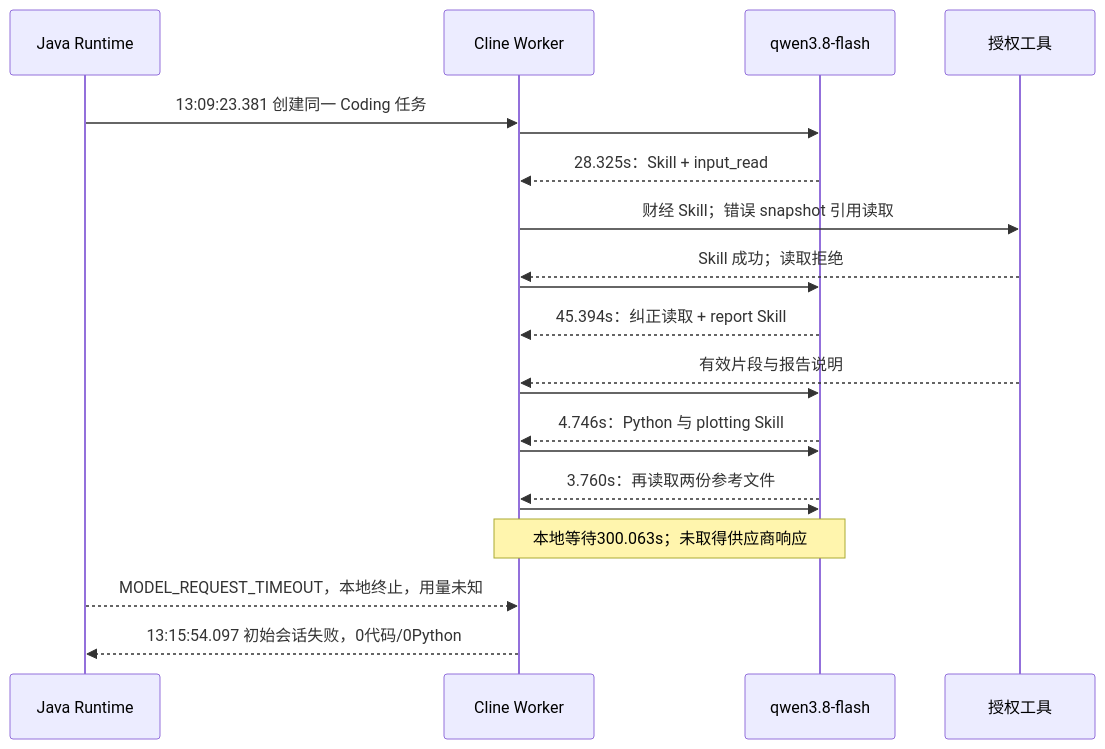
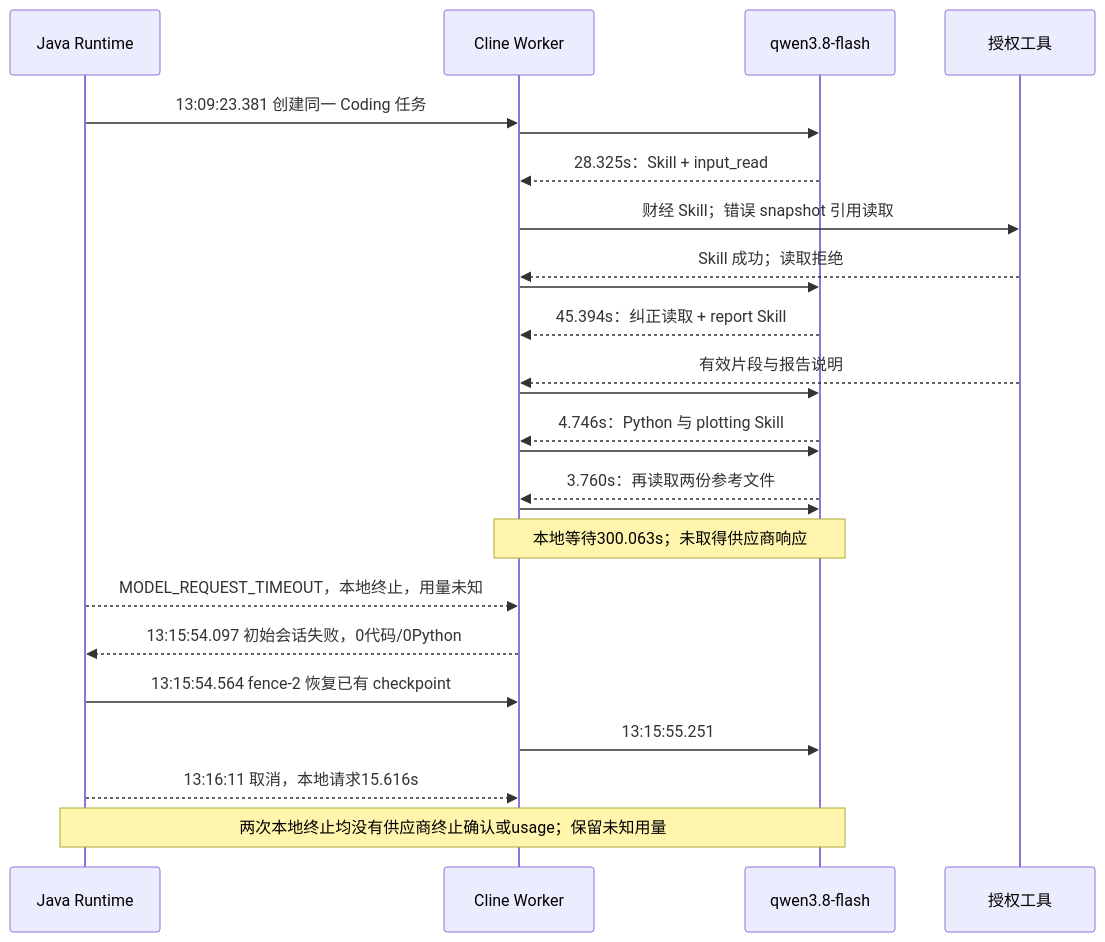
Before and after one commit to mschreinerhaw/Langchain4j-Chatchat: the diagram in docs/audits/coding-progress-root-cause.md, drawn with Mermaid. The commit also changed other lines of this file and 6 other files, not shown here.

````diff
--- a/docs/audits/coding-progress-root-cause.md
+++ b/docs/audits/coding-progress-root-cause.md
@@ -34,23 +35,27 @@
 ```mermaid
 sequenceDiagram
     participant R as Java Runtime
     participant N as Cline Worker
     participant M as qwen3.8-flash
     participant T as 授权工具
     R->>N: 13:09:23.381 创建同一 Coding 任务
     N->>M: #1 完整工具 Schema 已提供
     M-->>N: 28.325s：Skill + input_read
     N->>T: 财经 Skill；错误 snapshot 引用读取
     T-->>N: Skill 成功；读取拒绝
     N->>M: #2 保留原任务和错误
     M-->>N: 45.394s：纠正读取 + report Skill
     T-->>N: 有效片段与报告说明
     N->>M: #3
     M-->>N: 4.746s：Python 与 plotting Skill
     N->>M: #4
     M-->>N: 3.760s：再读取两份参考文件
     N->>M: #5 请求约130 KB，Skills约63 KB
     Note over N,M: 本地等待300.063s；未取得供应商响应
     R-->>N: MODEL_REQUEST_TIMEOUT，本地终止，用量未知
     N-->>R: 13:15:54.097 初始会话失败，0代码/0Python
+    R->>N: 13:15:54.564 fence-2 恢复已有 checkpoint
+    N->>M: 13:15:55.251 #6，原会话历史
+    R-->>N: 13:16:11 取消，本地请求15.616s
+    Note over R,M: 两次本地终止均没有供应商终止确认或usage；保留未知用量
 ```
````
